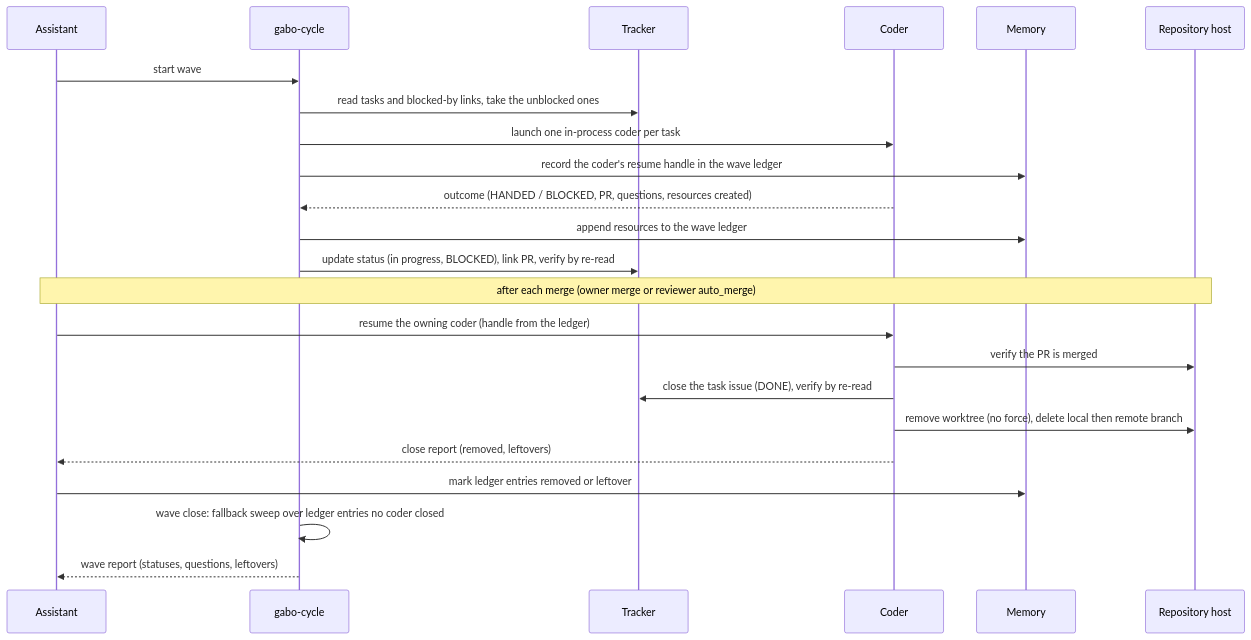
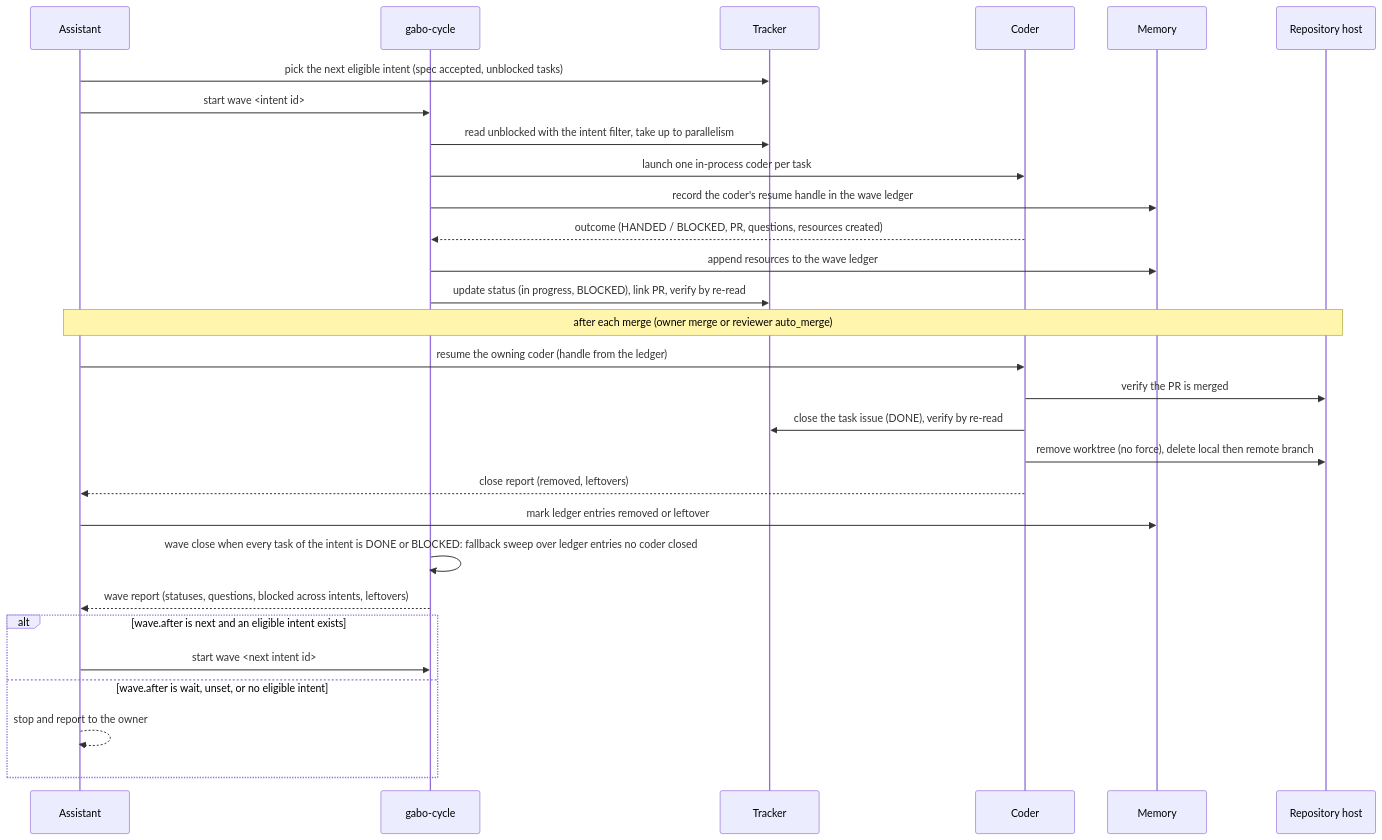
One commit to testeos-z/gabo-ai changed the third of 5 diagrams in docs/product/TRD.md. Above: the diagram before and after it, drawn with Mermaid. The commit also changed other lines of this file and 25 other files, not shown here.

````diff
--- a/docs/product/TRD.md
+++ b/docs/product/TRD.md
@@ -185,25 +172,31 @@
 ```mermaid
 sequenceDiagram
   participant A as Assistant
   participant C as gabo-cycle
   participant T as Tracker
   participant K as Coder
   participant M as Memory
   participant H as Repository host
-  A->>C: start wave
-  C->>T: read tasks and blocked-by links, take the unblocked ones
+  A->>T: pick the next eligible intent (spec accepted, unblocked tasks)
+  A->>C: start wave <intent id>
+  C->>T: read unblocked with the intent filter, take up to parallelism
   C->>K: launch one in-process coder per task
   C->>M: record the coder's resume handle in the wave ledger
   K-->>C: outcome (HANDED / BLOCKED, PR, questions, resources created)
   C->>M: append resources to the wave ledger
   C->>T: update status (in progress, BLOCKED), link PR, verify by re-read
   Note over A,H: after each merge (owner merge or reviewer auto_merge)
   A->>K: resume the owning coder (handle from the ledger)
   K->>H: verify the PR is merged
   K->>T: close the task issue (DONE), verify by re-read
   K->>H: remove worktree (no force), delete local then remote branch
   K-->>A: close report (removed, leftovers)
   A->>M: mark ledger entries removed or leftover
-  C->>C: wave close: fallback sweep over ledger entries no coder closed
-  C-->>A: wave report (statuses, questions, leftovers)
+  C->>C: wave close when every task of the intent is DONE or BLOCKED: fallback sweep over ledger entries no coder closed
+  C-->>A: wave report (statuses, questions, blocked across intents, leftovers)
+  alt wave.after is next and an eligible intent exists
+    A->>C: start wave <next intent id>
+  else wave.after is wait, unset, or no eligible intent
+    A-->>A: stop and report to the owner
+  end
 ```
````
